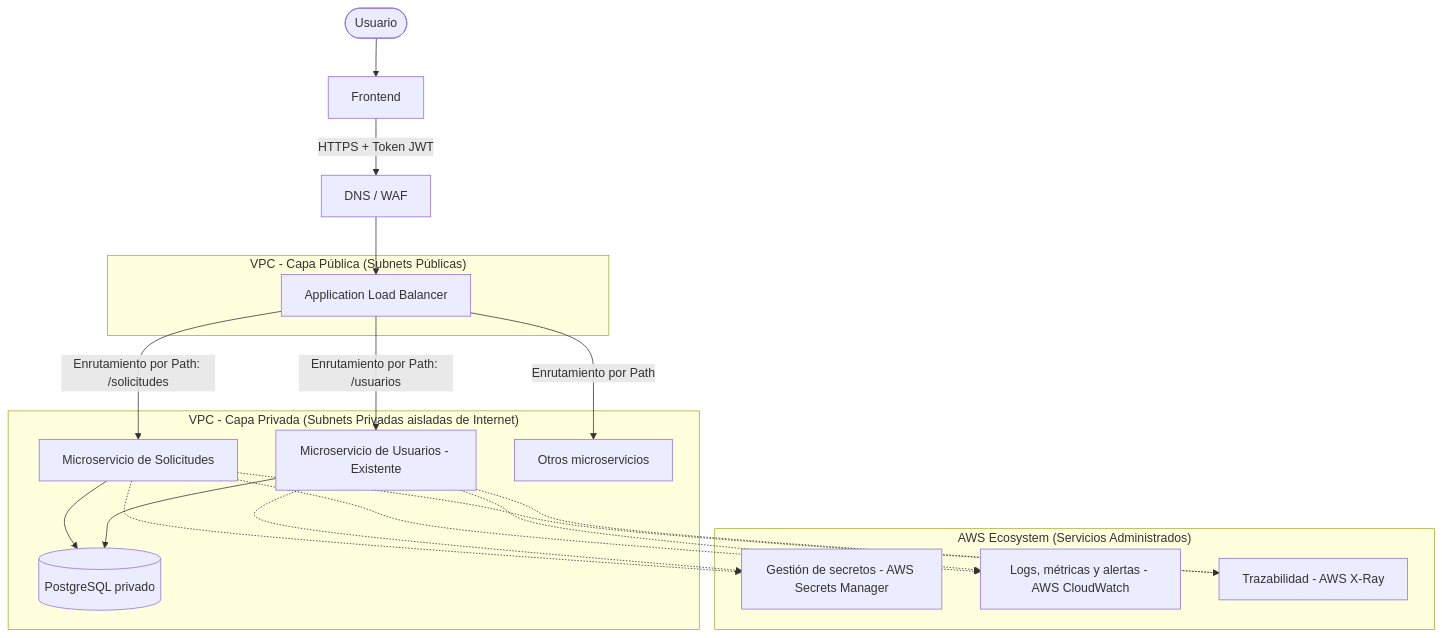
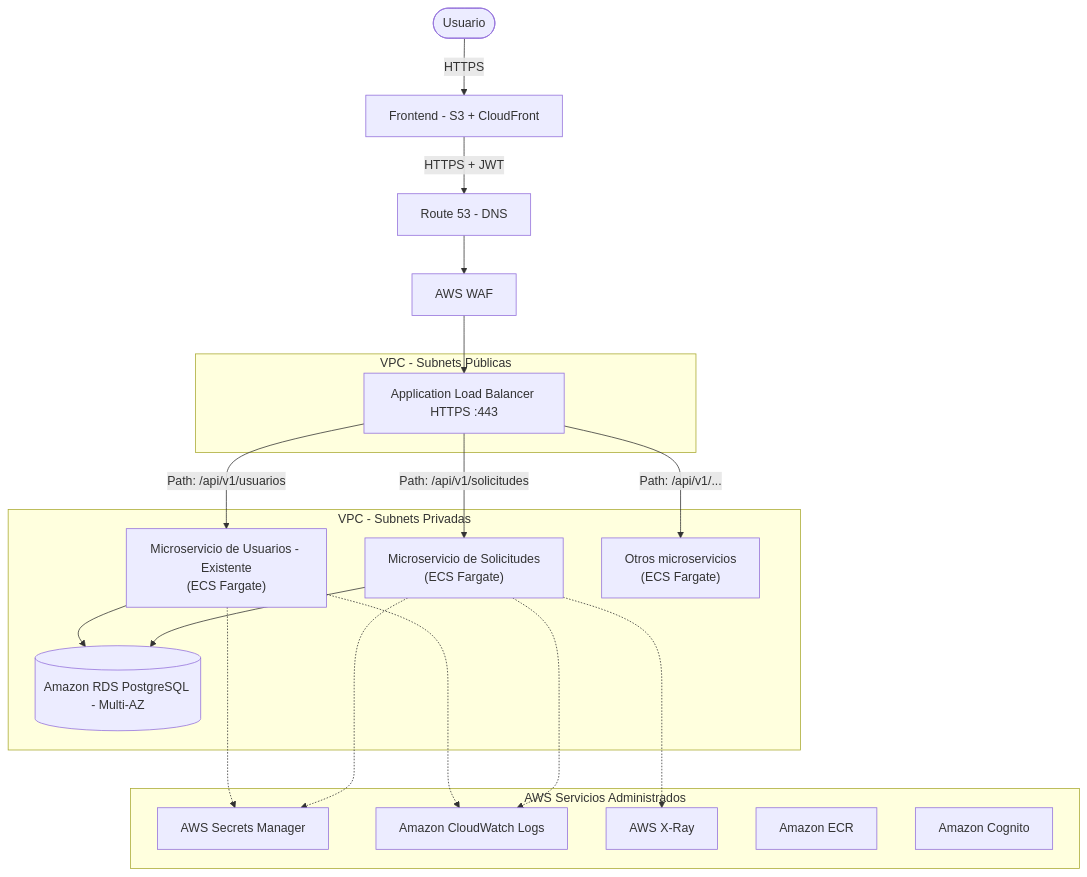
Before and after one commit to 11julio11/Prueba-T-cnica: the diagram in AWS_PROPOSAL.md, drawn with Mermaid. The commit also changed other lines of this file and 1 other file, not shown here.

Commit message:
docs: rewrite README and AWS_PROPOSAL with accurate architecture details

````diff
--- a/AWS_PROPOSAL.md
+++ b/AWS_PROPOSAL.md
@@ -7,37 +7,38 @@
 ```mermaid
 graph TD
-    User([Usuario]) --> Frontend
-    Frontend -->|HTTPS + Token JWT| WAF[DNS / WAF]
-    WAF --> ALB[Application Load Balancer]
-    
-    subgraph "VPC - Capa Pública (Subnets Públicas)"
+    User([Usuario]) -->|HTTPS| Frontend[Frontend - S3 + CloudFront]
+    Frontend -->|HTTPS + JWT| Route53[Route 53 - DNS]
+    Route53 --> WAF[AWS WAF]
+    WAF --> ALB[Application Load Balancer HTTPS :443]
+
+    subgraph "VPC - Subnets Públicas"
         ALB
     end
-    
-    subgraph "VPC - Capa Privada (Subnets Privadas aisladas de Internet)"
-        SvcSolicitudes[Microservicio de Solicitudes]
-        SvcUsuarios[Microservicio de Usuarios - Existente]
-        Others[Otros microservicios]
-        
-        ALB -->|Enrutamiento por Path: /solicitudes| SvcSolicitudes
-        ALB -->|Enrutamiento por Path: /usuarios| SvcUsuarios
-        ALB -->|Enrutamiento por Path| Others
-        
-        SvcSolicitudes --> DB[(PostgreSQL privado)]
+
+    subgraph "VPC - Subnets Privadas"
+        SvcSolicitudes["Microservicio de Solicitudes<br/>(ECS Fargate)"]
+        SvcUsuarios["Microservicio de Usuarios - Existente<br/>(ECS Fargate)"]
+        Others["Otros microservicios<br/>(ECS Fargate)"]
+
+        ALB -->|Path: /api/v1/solicitudes| SvcSolicitudes
+        ALB -->|Path: /api/v1/usuarios| SvcUsuarios
+        ALB -->|Path: /api/v1/...| Others
+
+        SvcSolicitudes --> DB[(Amazon RDS PostgreSQL - Multi-AZ)]
         SvcUsuarios --> DB
     end
-    
-    subgraph "AWS Ecosystem (Servicios Administrados)"
-        Secrets[Gestión de secretos - AWS Secrets Manager]
-        Logs[Logs, métricas y alertas - AWS CloudWatch]
-        Trace[Trazabilidad - AWS X-Ray]
-        
-        SvcSolicitudes -.-> Secrets
-        SvcSolicitudes -.-> Logs
-        SvcSolicitudes -.-> Trace
-        
-        SvcUsuarios -.-> Secrets
-        SvcUsuarios -.-> Logs
-        SvcUsuarios -.-> Trace
+
+    subgraph "AWS Servicios Administrados"
+        Secrets[AWS Secrets Manager]
+        Logs[Amazon CloudWatch Logs]
+        Trace[AWS X-Ray]
+        ECR[Amazon ECR]
+        Cognito[Amazon Cognito]
+
+        SvcSolicitudes -..-> Secrets
+        SvcSolicitudes -..-> Logs
+        SvcSolicitudes -..-> Trace
+        SvcUsuarios -..-> Secrets
+        SvcUsuarios -..-> Logs
     end
 ```
````
